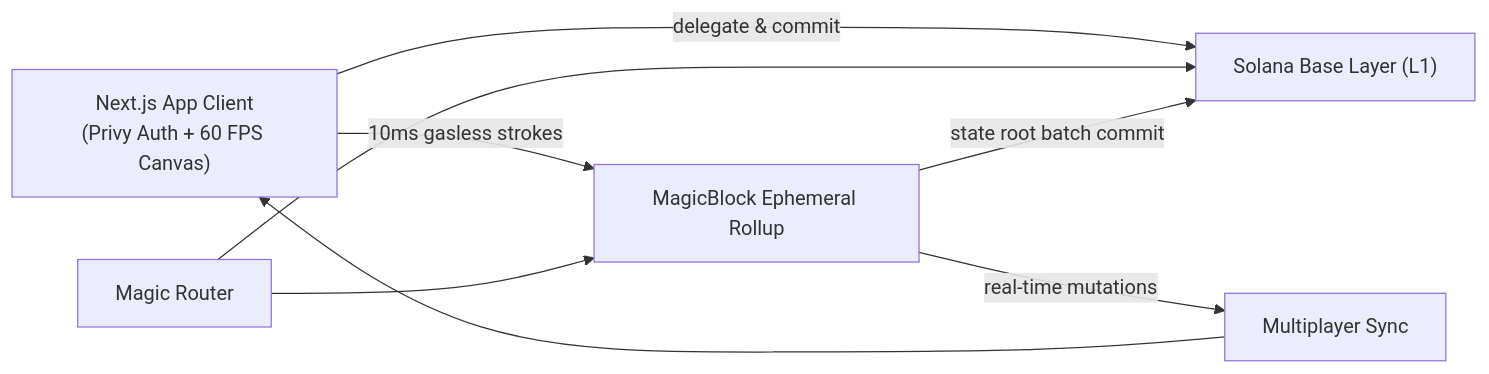
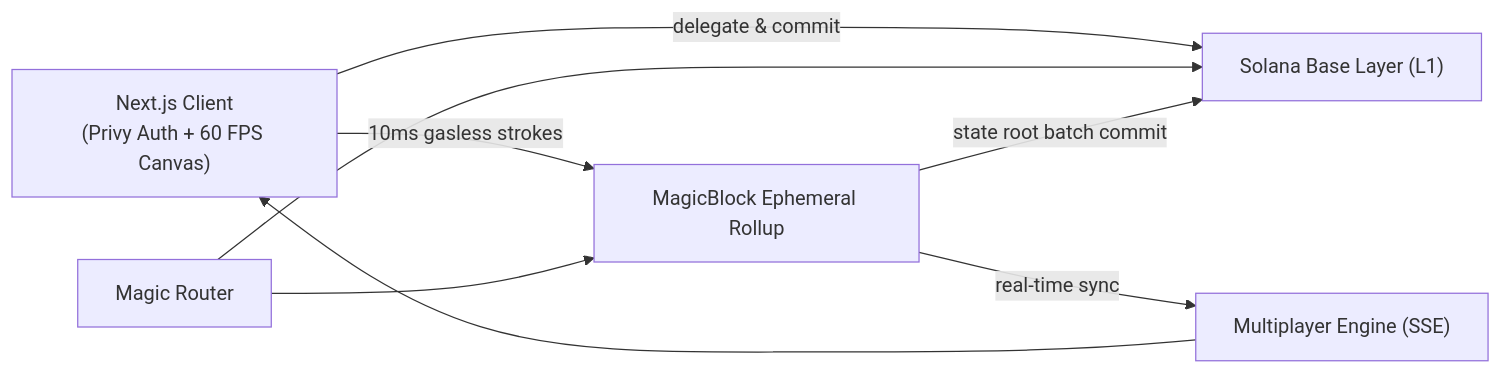
One commit to toufiqfarhan0/pixora changed the diagram in README.md. Above: the diagram before and after it, drawn with Mermaid. The commit also changed other lines of this file and 17 other files, not shown here.

````diff
--- a/README.md
+++ b/README.md
@@ -59,10 +50,10 @@
 ```mermaid
 flowchart LR
-    CLIENT["Next.js App Client\n(Privy Auth + 60 FPS Canvas)"] -->|"delegate & commit"| SOL["Solana Base Layer (L1)"]
-    CLIENT -->|"10ms gasless strokes"| ER["MagicBlock Ephemeral Rollup"]
+    UI["Next.js Client\n(Privy Auth + 60 FPS Canvas)"] -->|"delegate & commit"| SOL["Solana Base Layer (L1)"]
+    UI -->|"10ms gasless strokes"| ER["MagicBlock Ephemeral Rollup"]
     ROUTER["Magic Router"] --> SOL
     ROUTER --> ER
     ER -->|"state root batch commit"| SOL
-    ER -->|"real-time mutations"| PEERS["Multiplayer Sync"]
-    PEERS --> CLIENT
+    ER -->|"real-time sync"| PEERS["Multiplayer Engine (SSE)"]
+    PEERS --> UI
 ```
````
